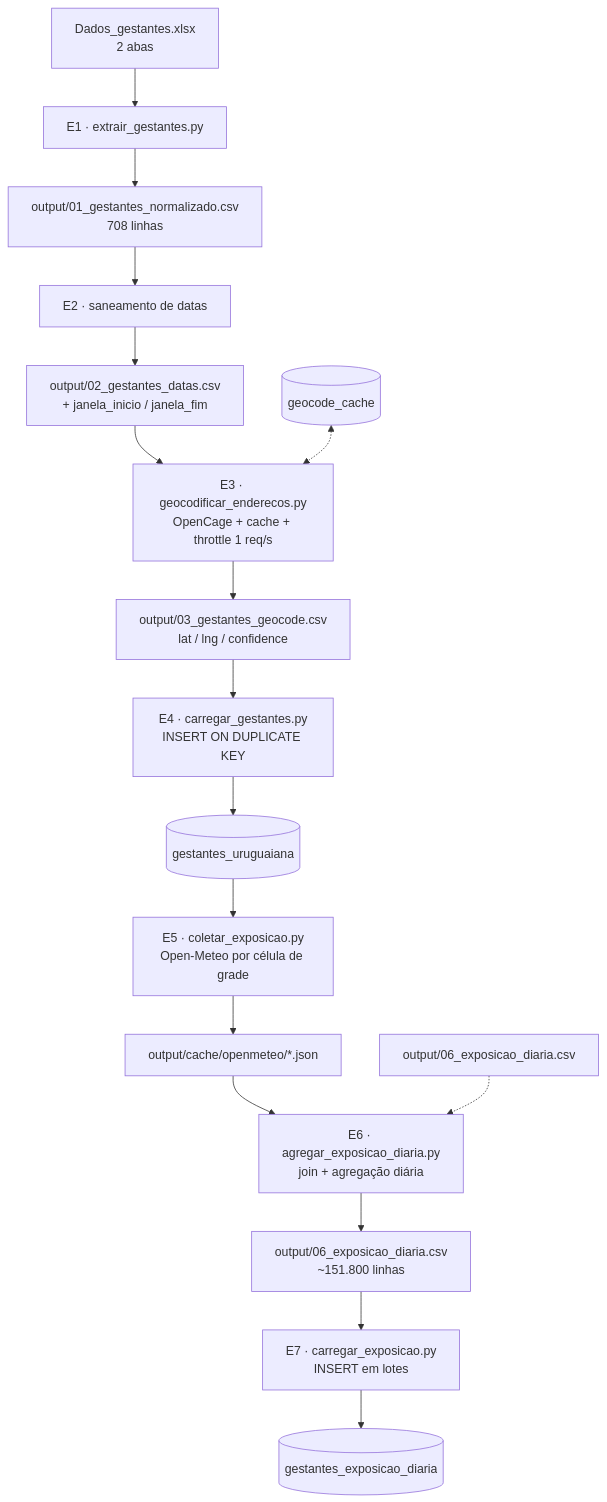
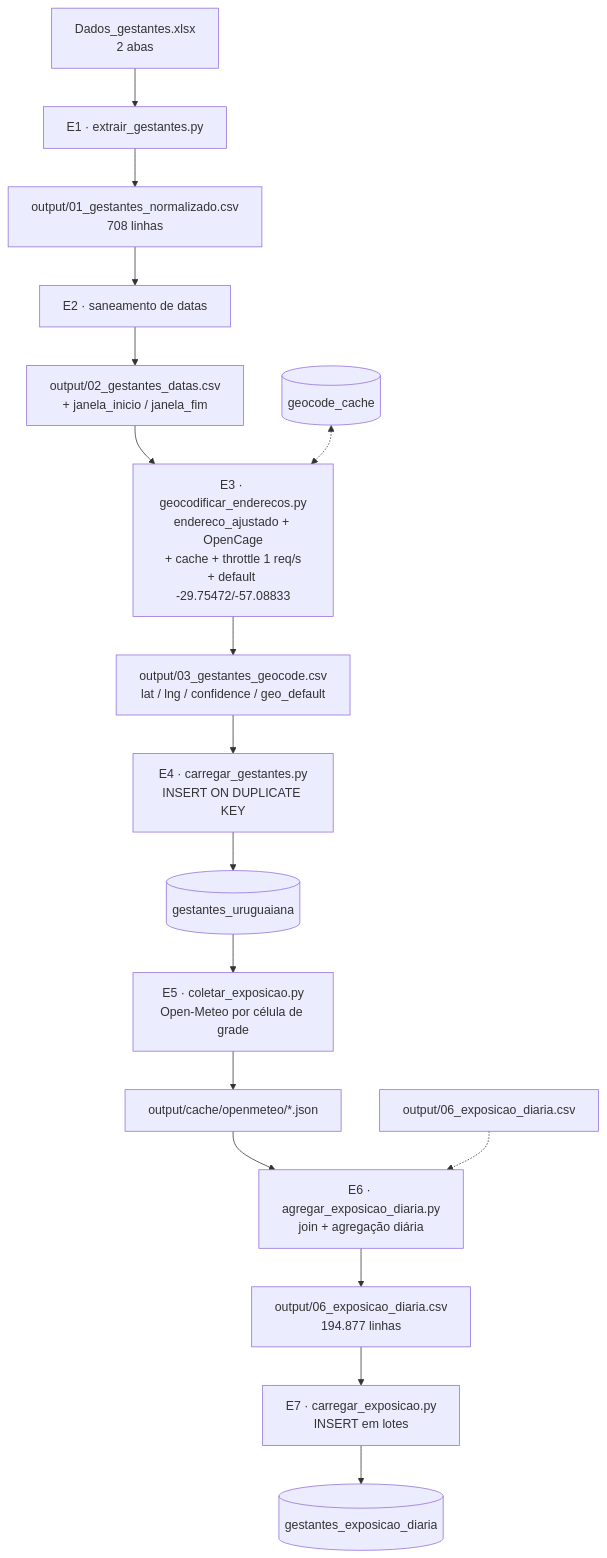
One commit to cbeloni/datasaude-scripts changed the first of 2 diagrams in uruguaiana/PLANEJAMENTO.md. Above: the diagram before and after it, drawn with Mermaid. The commit also changed other lines of this file and 17 other files, not shown here.

````diff
--- a/uruguaiana/PLANEJAMENTO.md
+++ b/uruguaiana/PLANEJAMENTO.md
@@ -166,20 +272,20 @@
 ```mermaid
 flowchart TD
     A["Dados_gestantes.xlsx<br/>2 abas"] --> E1["E1 · extrair_gestantes.py"]
     E1 --> S1["output/01_gestantes_normalizado.csv<br/>708 linhas"]
     S1 --> E2["E2 · saneamento de datas"]
     E2 --> S2["output/02_gestantes_datas.csv<br/>+ janela_inicio / janela_fim"]
-    S2 --> E3["E3 · geocodificar_enderecos.py<br/>OpenCage + cache + throttle 1 req/s"]
-    E3 --> S3["output/03_gestantes_geocode.csv<br/>lat / lng / confidence"]
+    S2 --> E3["E3 · geocodificar_enderecos.py<br/>endereco_ajustado + OpenCage<br/>+ cache + throttle 1 req/s<br/>+ default -29.75472/-57.08833"]
+    E3 --> S3["output/03_gestantes_geocode.csv<br/>lat / lng / confidence / geo_default"]
     S3 --> E4["E4 · carregar_gestantes.py<br/>INSERT ON DUPLICATE KEY"]
     E4 --> DB1[("gestantes_uruguaiana")]
     DB1 --> E5["E5 · coletar_exposicao.py<br/>Open-Meteo por célula de grade"]
     E5 --> S5["output/cache/openmeteo/*.json"]
     S5 --> E6["E6 · agregar_exposicao_diaria.py<br/>join + agregação diária"]
     S6["output/06_exposicao_diaria.csv"] -.-> E6
-    E6 --> S6b["output/06_exposicao_diaria.csv<br/>~151.800 linhas"]
+    E6 --> S6b["output/06_exposicao_diaria.csv<br/>194.877 linhas"]
     S6b --> E7["E7 · carregar_exposicao.py<br/>INSERT em lotes"]
     E7 --> DB2[("gestantes_exposicao_diaria")]
 
     CACHE[("geocode_cache")] <-.-> E3
 ```
````
